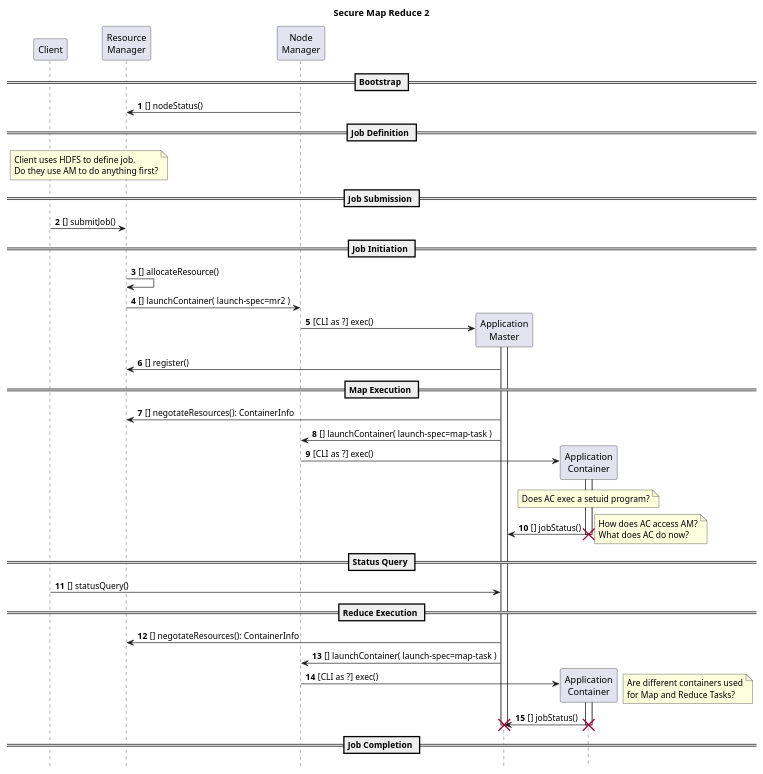
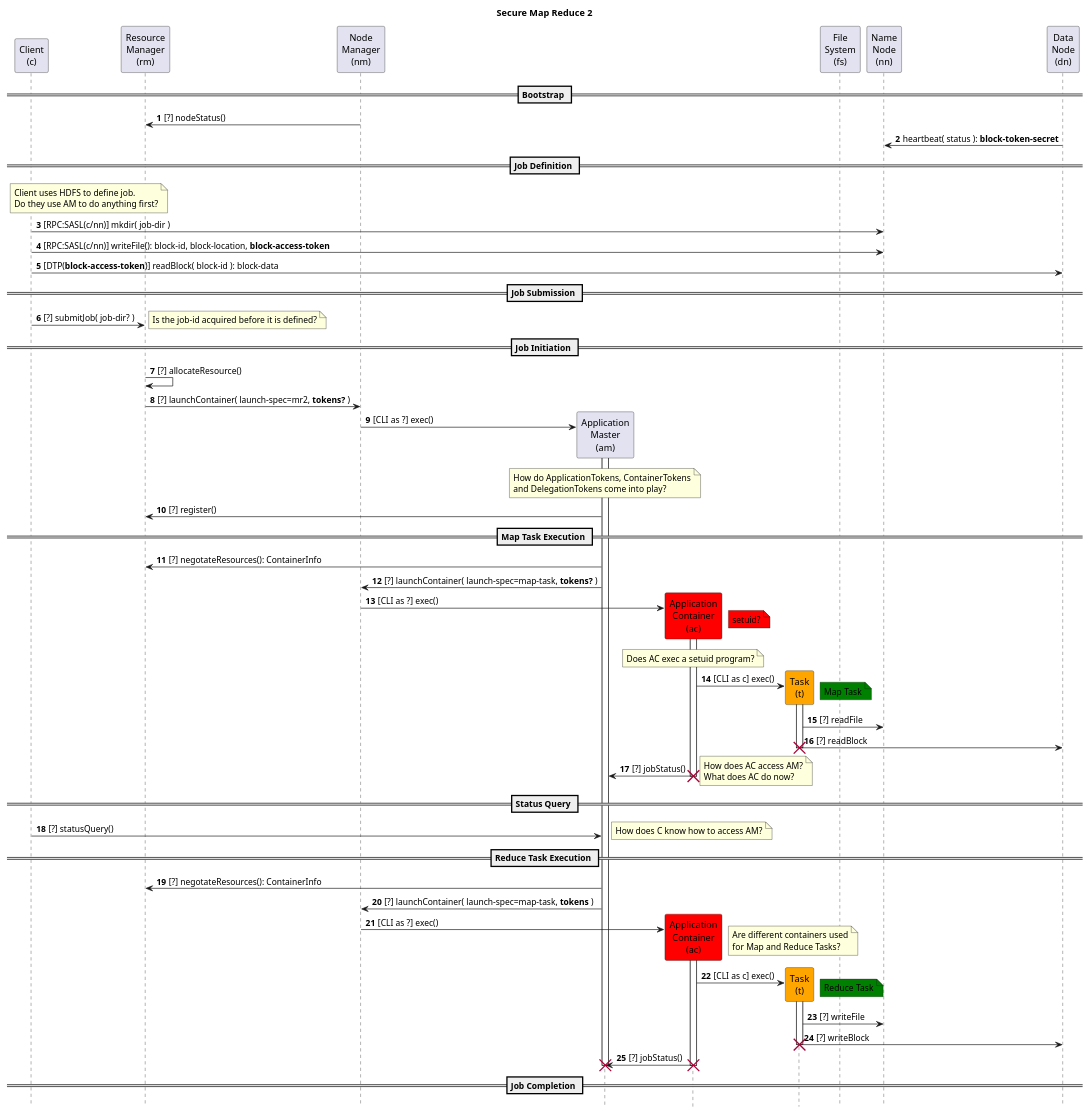
The diagram in hadoop/src/yarn.puml (kminder/puml), drawn with PlantUML before and after one commit.

Commit message:
Added tasks.

```diff
--- a/hadoop/src/yarn.puml
+++ b/hadoop/src/yarn.puml
@@ -1,70 +1,95 @@
 @startuml
 title Secure Map Reduce 2
 autonumber
 hide footbox
 
-participant "Client" as C
-participant "Resource\nManager" as RM
-participant "Node\nManager" as NM
-participant "Application\nMaster" as AM
-participant "Application\nContainer" as AC
-'participant "NameNode" as NN
-'participant "DataNode" as DN
+participant "Client\n(c)" as C
+participant "Resource\nManager\n(rm)" as RM
+participant "Node\nManager\n(nm)" as NM
+participant "Application\nMaster\n(am)" as AM
+participant "Application\nContainer\n(ac)" as AC #red
+participant "Task\n(t)" as T #orange
+participant "File\nSystem\n(fs)" as FS
+participant "Name\nNode\n(nn)" as NN
+participant "Data\nNode\n(dn)" as DN
 
 == Bootstrap ==
 
-NM->RM: [] nodeStatus()
-'DN->NN: heartbeat( status ): block-token-secret
+NM->RM: [?] nodeStatus()
+DN->NN: heartbeat( status ): <b>block-token-secret</b>
 
 == Job Definition ==
 
   note over C,RM: Client uses HDFS to define job.\nDo they use AM to do anything first?
+C->NN: [RPC:SASL(c/nn)] mkdir( job-dir )
+C->NN: [RPC:SASL(c/nn)] writeFile(): block-id, block-location, <b>block-access-token</b>
+C->DN: [DTP(<b>block-access-token</b>)] readBlock( block-id ): block-data
 
 == Job Submission ==
 
-C->RM: [] submitJob()
+C->RM: [?] submitJob( job-dir? )
+  note right: Is the job-id acquired before it is defined?
 
 == Job Initiation ==
 
-RM->RM: [] allocateResource()
-RM->NM: [] launchContainer( launch-spec=mr2 )
+RM->RM: [?] allocateResource()
+RM->NM: [?] launchContainer( launch-spec=mr2, <b>tokens?</b> )
   create AM
 NM->AM: [CLI as ?] exec()
+  note over AM: How do ApplicationTokens, ContainerTokens\nand DelegationTokens come into play?
   activate AM
-AM->RM: [] register()
+AM->RM: [?] register()
 
-== Map Execution ==
+== Map Task Execution ==
 
-AM->RM: [] negotateResources(): ContainerInfo
-AM->NM: [] launchContainer( launch-spec=map-task )
+AM->RM: [?] negotateResources(): ContainerInfo
+AM->NM: [?] launchContainer( launch-spec=map-task, <b>tokens?</b> )
   create AC
 NM->AC: [CLI as ?] exec()
+  note right #red: setuid?
   note over AC: Does AC exec a setuid program?
   activate AC
-AC->AM: [] jobStatus()
+  create T
+AC->T: [CLI as c] exec()
+  note right #green: Map Task
+  activate T
+  T->NN: [?] readFile
+  T->DN: [?] readBlock
+  deactivate T
+  destroy T
+AC->AM: [?] jobStatus()
   note right: How does AC access AM?\nWhat does AC do now?
   deactivate AC
   destroy AC
 
 == Status Query ==
 
-C->AM: [] statusQuery()
+C->AM: [?] statusQuery()
+  note right: How does C know how to access AM?
 
-== Reduce Execution ==
+== Reduce Task Execution ==
 
-AM->RM: [] negotateResources(): ContainerInfo
-AM->NM: [] launchContainer( launch-spec=map-task )
+AM->RM: [?] negotateResources(): ContainerInfo
+AM->NM: [?] launchContainer( launch-spec=map-task, <b>tokens</b> )
   create AC
 NM->AC: [CLI as ?] exec()
   note right: Are different containers used\nfor Map and Reduce Tasks?
   activate AC
-AC->AM: [] jobStatus()
+  create T
+AC->T: [CLI as c] exec()
+  note right #green: Reduce Task
+  activate T
+  T->NN: [?] writeFile
+  T->DN: [?] writeBlock
+  deactivate T
+  destroy T
+AC->AM: [?] jobStatus()
   deactivate AC
   destroy AC
 
 == Job Completion ==
 
 deactivate AM
 destroy AM
 
 @enduml
```
